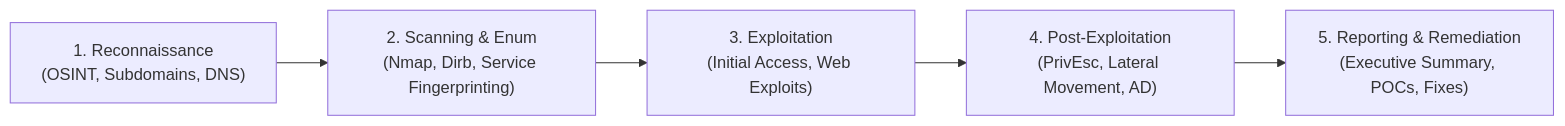
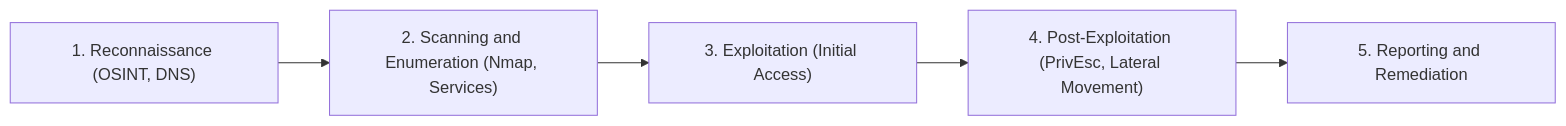
One commit to Pi25sh/cybersecurity_roadmap changed the diagram in paths/red-team.md. Above: the diagram before and after it, drawn with Mermaid. The commit also changed 2 other files, not shown here.

Commit message:
fix: sanitize Mermaid diagrams for GitHub rich display rendering

````diff
--- a/paths/red-team.md
+++ b/paths/red-team.md
@@ -17,7 +17,7 @@
 ```mermaid
 flowchart LR
-    Recon["1. Reconnaissance<br/>(OSINT, Subdomains, DNS)"] --> Scan["2. Scanning & Enum<br/>(Nmap, Dirb, Service Fingerprinting)"]
-    Scan --> Exploit["3. Exploitation<br/>(Initial Access, Web Exploits)"]
-    Exploit --> Post["4. Post-Exploitation<br/>(PrivEsc, Lateral Movement, AD)"]
-    Post --> Report["5. Reporting & Remediation<br/>(Executive Summary, POCs, Fixes)"]
+    Recon["1. Reconnaissance (OSINT, DNS)"] --> Scan["2. Scanning and Enumeration (Nmap, Services)"]
+    Scan --> Exploit["3. Exploitation (Initial Access)"]
+    Exploit --> Post["4. Post-Exploitation (PrivEsc, Lateral Movement)"]
+    Post --> Report["5. Reporting and Remediation"]
 ```
````
